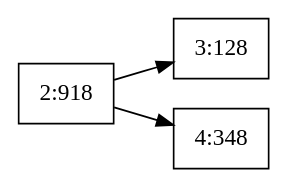
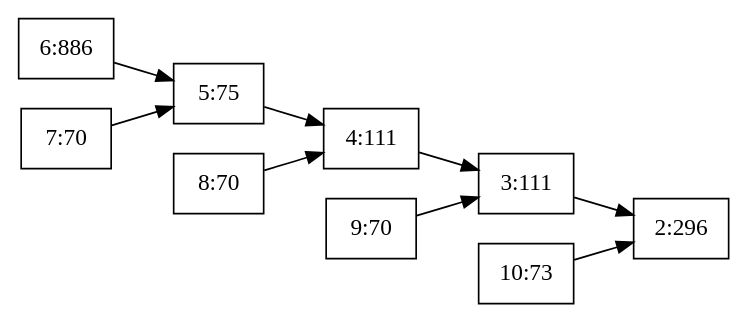
One commit to agongdai/peta changed the diagram in graph/rm_after_update_1.dot. Above: the diagram before and after it, drawn with Graphviz. The commit also changed 12 other files, not shown here.

```diff
--- a/graph/rm_after_update_1.dot
+++ b/graph/rm_after_update_1.dot
@@ -1,8 +1,20 @@
 digraph g { 
 	rankdir = LR 
-	2 [shape=box, label="2:918"] 
-	2 -> 3
-	2 -> 4
-	3 [shape=box, label="3:128"] 
-	4 [shape=box, label="4:348"] 
+	2 [shape=box, label="2:296"] 
+	3 [shape=box, label="3:111"] 
+	3 -> 2
+	4 [shape=box, label="4:111"] 
+	4 -> 3
+	5 [shape=box, label="5:75"] 
+	5 -> 4
+	6 [shape=box, label="6:886"] 
+	6 -> 5
+	7 [shape=box, label="7:70"] 
+	7 -> 5
+	8 [shape=box, label="8:70"] 
+	8 -> 4
+	9 [shape=box, label="9:70"] 
+	9 -> 3
+	10 [shape=box, label="10:73"] 
+	10 -> 2
 } 
```
